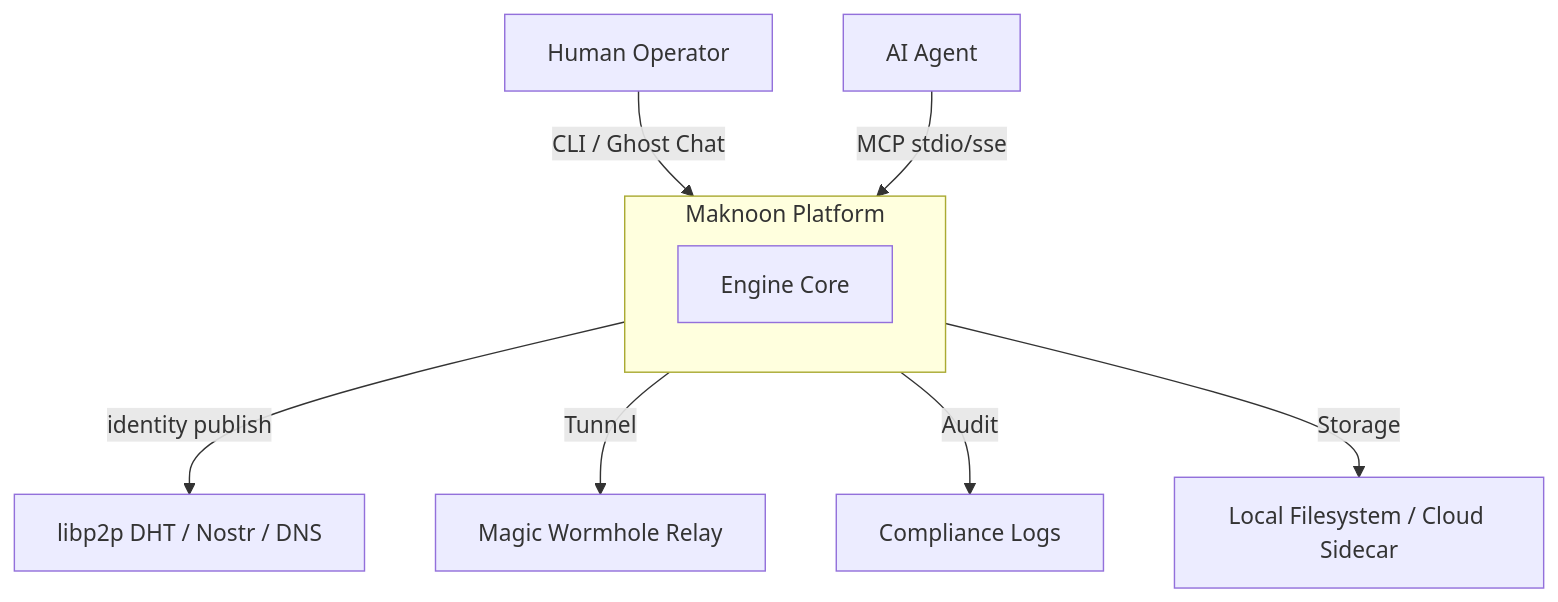
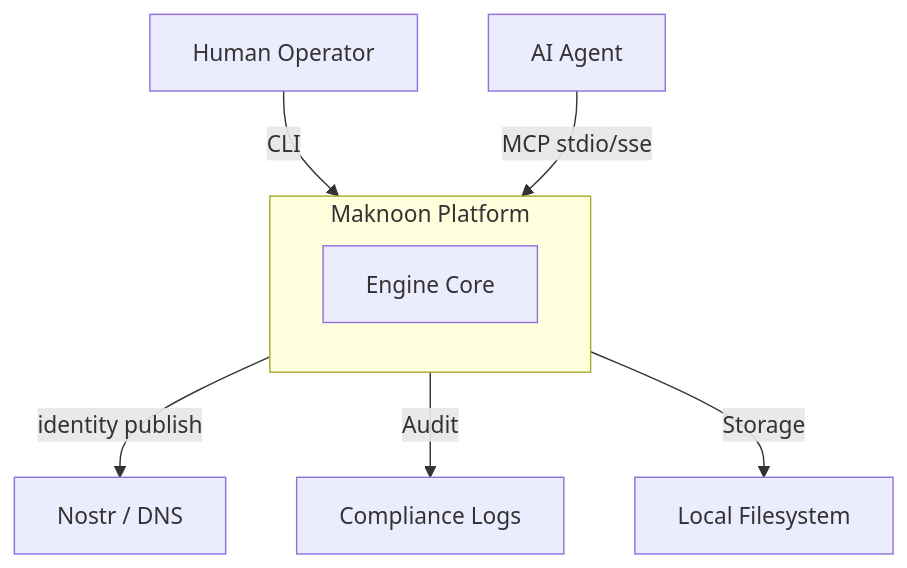
One commit to al-Zamakhshari/maknoon changed the first of 4 diagrams in docs/architecture/overview.md. Above: the diagram before and after it, drawn with Mermaid. The commit also changed other lines of this file and 4 other files, not shown here.

First line of the commit message:
docs: remove stale tunnel/libp2p/fido2 references across all docs

````diff
--- a/docs/architecture/overview.md
+++ b/docs/architecture/overview.md
@@ -7,14 +7,13 @@
 ```mermaid
 graph TD
-    User[Human Operator] -- CLI / Ghost Chat --> Maknoon
+    User[Human Operator] -- CLI --> Maknoon
     Agent[AI Agent] -- MCP stdio/sse --> Maknoon
-    
+
     subgraph Maknoon [Maknoon Platform]
         Engine[Engine Core]
     end
-    
-    Maknoon -- identity publish --> Registry[libp2p DHT / Nostr / DNS]
-    Maknoon -- Tunnel --> Wormhole[Magic Wormhole Relay]
+
+    Maknoon -- identity publish --> Registry[Nostr / DNS]
     Maknoon -- Audit --> Logs[Compliance Logs]
-    Maknoon -- Storage --> FS[Local Filesystem / Cloud Sidecar]
+    Maknoon -- Storage --> FS[Local Filesystem]
 ```
````
